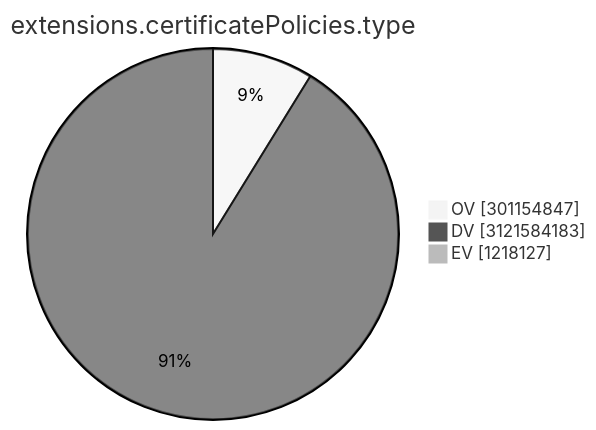
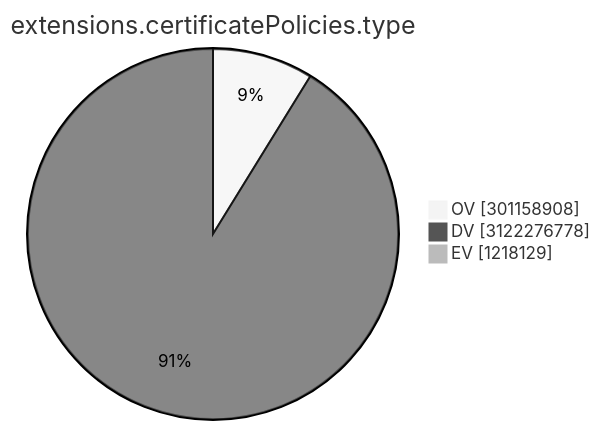
The ninth of 15 diagrams in TOTAL/README.md (christiankrug/ctmonitor_visualization), drawn with Mermaid (neutral theme) before and after one commit. The commit also changed other lines of this file, not shown here.

````diff
--- a/TOTAL/README.md
+++ b/TOTAL/README.md
@@ -3104,7 +3104,7 @@
 ```mermaid
 pie showData
 title extensions.certificatePolicies.type
-"OV" :301154847
-"DV" :3121584183
-"EV" :1218127
+"OV" :301158908
+"DV" :3122276778
+"EV" :1218129
 ```
````
